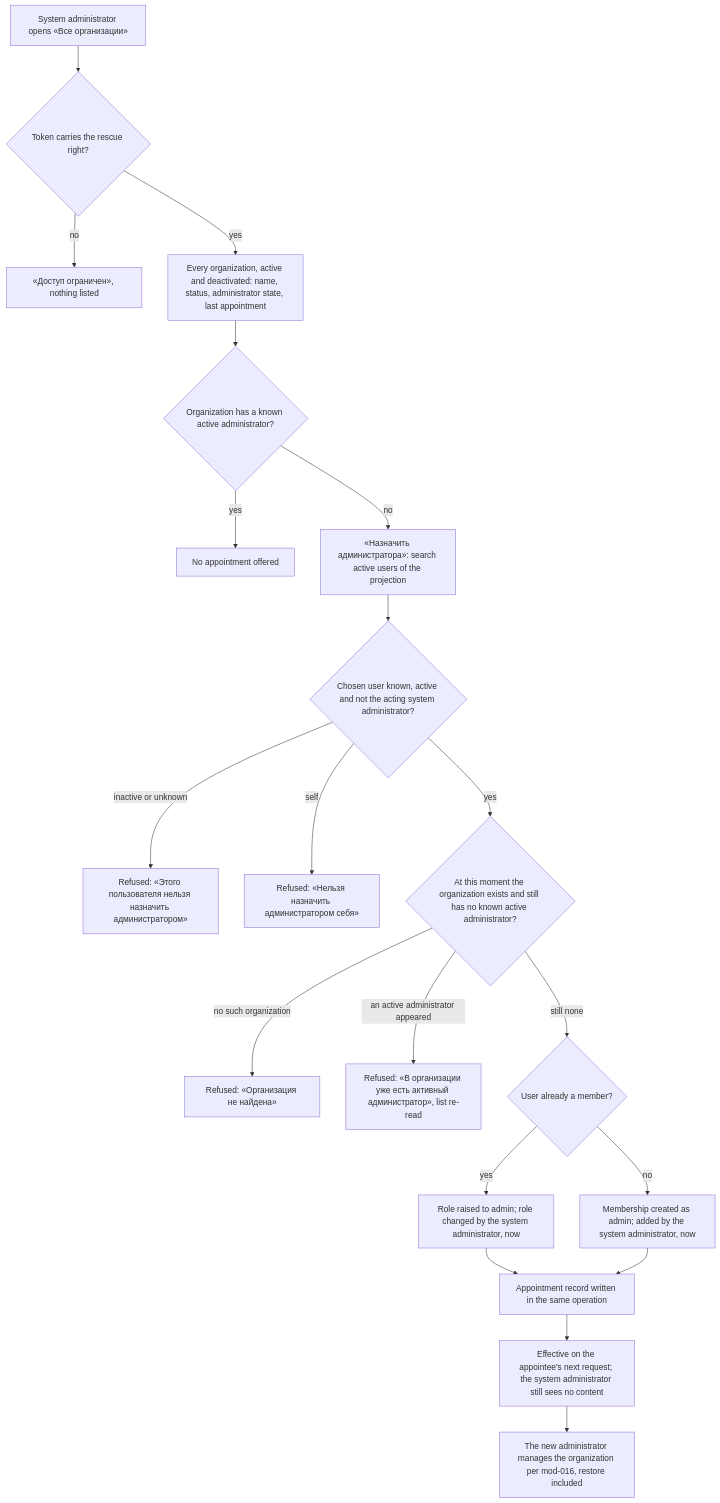
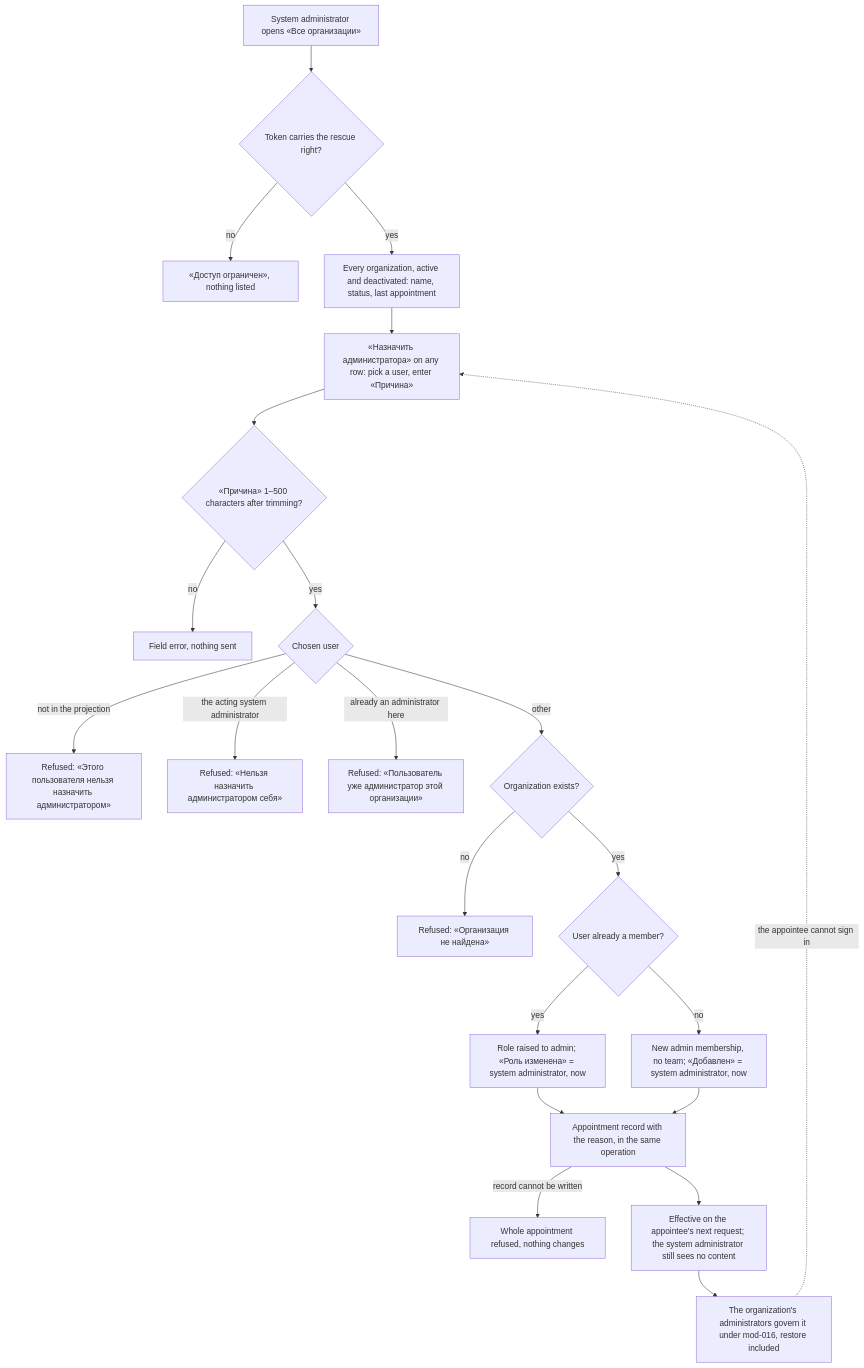
One commit to totKtoXam/mustask changed the diagram in docs/features/feat-033-orphaned-organization-rescue/spec.md. Above: the diagram before and after it, drawn with Mermaid. The commit also changed other lines of this file and 4 other files, not shown here.

````diff
--- a/docs/features/feat-033-orphaned-organization-rescue/spec.md
+++ b/docs/features/feat-033-orphaned-organization-rescue/spec.md
@@ -44,22 +45,24 @@
 ```mermaid
 flowchart TD
     S[System administrator opens «Все организации»] --> R{Token carries the rescue right?}
     R -->|no| R1[«Доступ ограничен», nothing listed]
-    R -->|yes| L[Every organization, active and deactivated: name, status, administrator state, last appointment]
-    L --> F{Organization has a known active administrator?}
-    F -->|yes| F1[No appointment offered]
-    F -->|no| D[«Назначить администратора»: search active users of the projection]
-    D --> U{Chosen user known, active and not the acting system administrator?}
-    U -->|inactive or unknown| U1[Refused: «Этого пользователя нельзя назначить администратором»]
-    U -->|self| U2[Refused: «Нельзя назначить администратором себя»]
-    U -->|yes| C{At this moment the organization exists and still has no known active administrator?}
-    C -->|no such organization| C0[Refused: «Организация не найдена»]
-    C -->|an active administrator appeared| C1[Refused: «В организации уже есть активный администратор», list re-read]
-    C -->|still none| M{User already a member?}
-    M -->|yes| M1[Role raised to admin; role changed by the system administrator, now]
-    M -->|no| M2[Membership created as admin; added by the system administrator, now]
-    M1 --> A[Appointment record written in the same operation]
+    R -->|yes| L[Every organization, active and deactivated: name, status, last appointment]
+    L --> D[«Назначить администратора» on any row: pick a user, enter «Причина»]
+    D --> V{«Причина» 1–500 characters after trimming?}
+    V -->|no| V1[Field error, nothing sent]
+    V -->|yes| U{Chosen user}
+    U -->|not in the projection| U1[Refused: «Этого пользователя нельзя назначить администратором»]
+    U -->|the acting system administrator| U2[Refused: «Нельзя назначить администратором себя»]
+    U -->|already an administrator here| U3[Refused: «Пользователь уже администратор этой организации»]
+    U -->|other| C{Organization exists?}
+    C -->|no| C0[Refused: «Организация не найдена»]
+    C -->|yes| M{User already a member?}
+    M -->|yes| M1[Role raised to admin; «Роль изменена» = system administrator, now]
+    M -->|no| M2[New admin membership, no team; «Добавлен» = system administrator, now]
+    M1 --> A[Appointment record with the reason, in the same operation]
     M2 --> A
+    A -->|record cannot be written| A0[Whole appointment refused, nothing changes]
     A --> E[Effective on the appointee's next request; the system administrator still sees no content]
-    E --> N[The new administrator manages the organization per mod-016, restore included]
+    E --> N[The organization's administrators govern it under mod-016, restore included]
+    N -.->|the appointee cannot sign in| D
 ```
````
